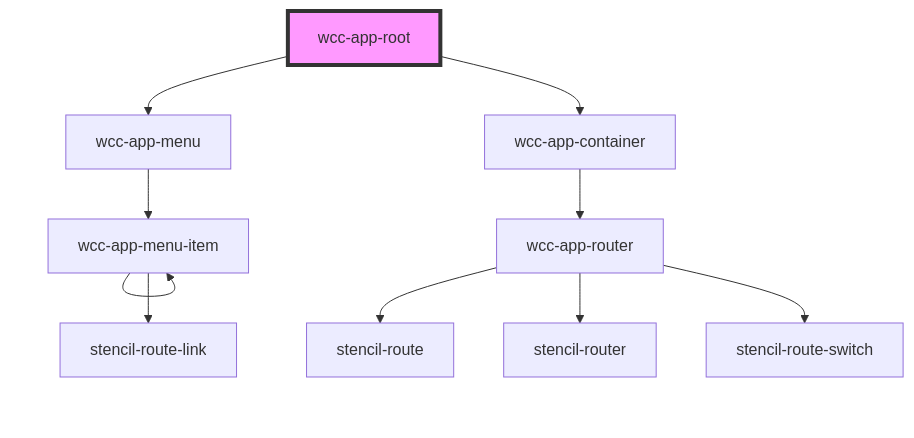
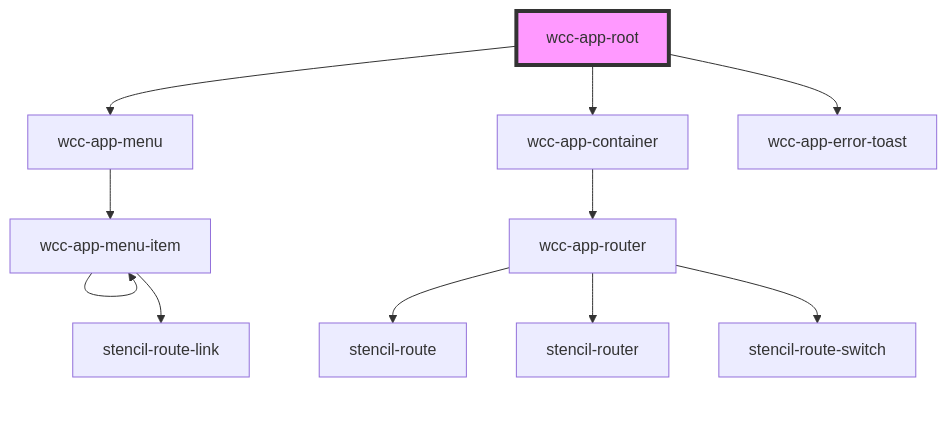
The diagram in src/components/wcc-app/wcc-app-root/readme.md (webcardinal/webcardinal-core), drawn with Mermaid before and after one commit. The commit also changed other lines of this file and 8 other files, not shown here.

Commit message:
Added wcc-app-error-toast component.

````diff
--- a/src/components/wcc-app/wcc-app-root/readme.md
+++ b/src/components/wcc-app/wcc-app-root/readme.md
@@ -24,13 +25,14 @@
 ```mermaid
 graph TD;
   wcc-app-root --> wcc-app-menu
   wcc-app-root --> wcc-app-container
+  wcc-app-root --> wcc-app-error-toast
   wcc-app-menu --> wcc-app-menu-item
   wcc-app-menu-item --> wcc-app-menu-item
   wcc-app-menu-item --> stencil-route-link
   wcc-app-container --> wcc-app-router
   wcc-app-router --> stencil-route
   wcc-app-router --> stencil-router
   wcc-app-router --> stencil-route-switch
   style wcc-app-root fill:#f9f,stroke:#333,stroke-width:4px
 ```
````
